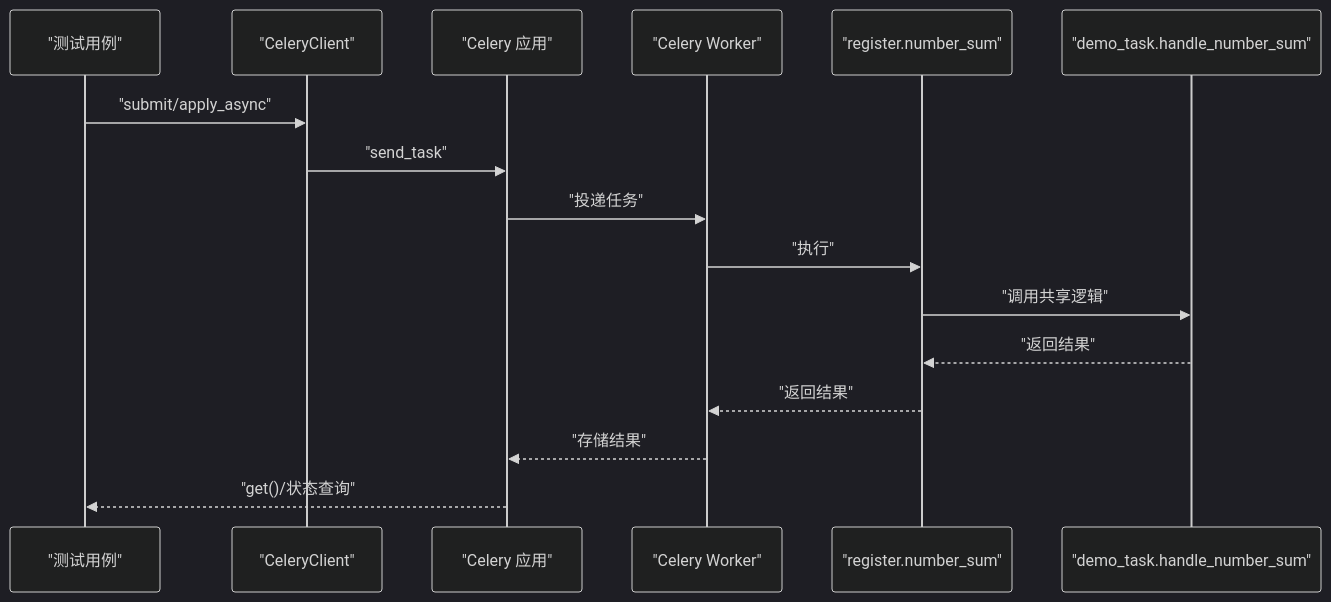
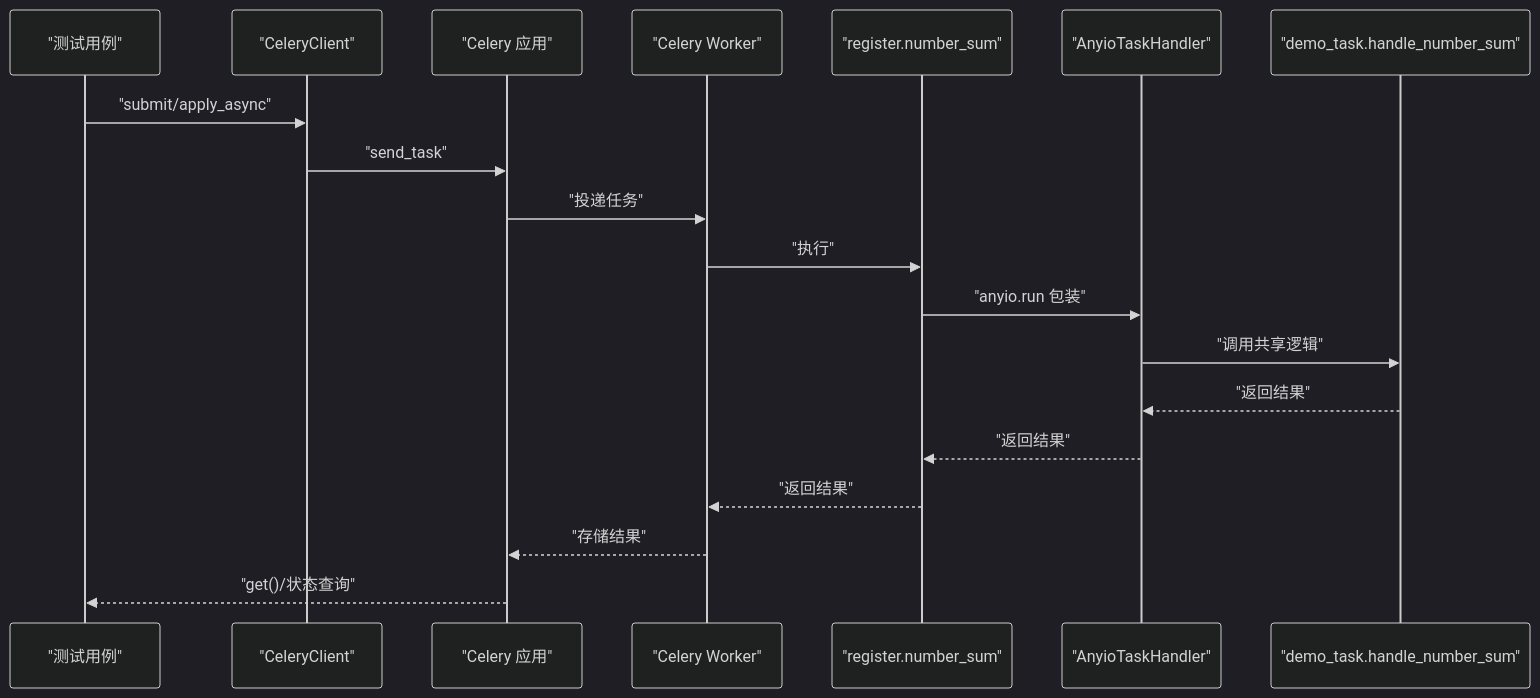
Before and after one commit to lilinzezzzzzz/fastapi-backend: the sixth of 9 diagrams in .qoder/repowiki/zh/content/任务调度系统/任务调度系统.md, drawn with Mermaid (dark theme). The commit also changed other lines of this file and 38 other files, not shown here.

````diff
--- a/.qoder/repowiki/zh/content/任务调度系统/任务调度系统.md
+++ b/.qoder/repowiki/zh/content/任务调度系统/任务调度系统.md
@@ -209,18 +286,21 @@
 ```mermaid
 sequenceDiagram
 participant Test as "测试用例"
 participant CeleryClient as "CeleryClient"
 participant CeleryApp as "Celery 应用"
 participant Worker as "Celery Worker"
 participant Task as "register.number_sum"
+participant AnyioMgr as "AnyioTaskHandler"
 participant Impl as "demo_task.handle_number_sum"
 Test->>CeleryClient : "submit/apply_async"
 CeleryClient->>CeleryApp : "send_task"
 CeleryApp->>Worker : "投递任务"
 Worker->>Task : "执行"
-Task->>Impl : "调用共享逻辑"
-Impl-->>Task : "返回结果"
+Task->>AnyioMgr : "anyio.run 包装"
+AnyioMgr->>Impl : "调用共享逻辑"
+Impl-->>AnyioMgr : "返回结果"
+AnyioMgr-->>Task : "返回结果"
 Task-->>Worker : "返回结果"
 Worker-->>CeleryApp : "存储结果"
 CeleryApp-->>Test : "get()/状态查询"
 ```
````
